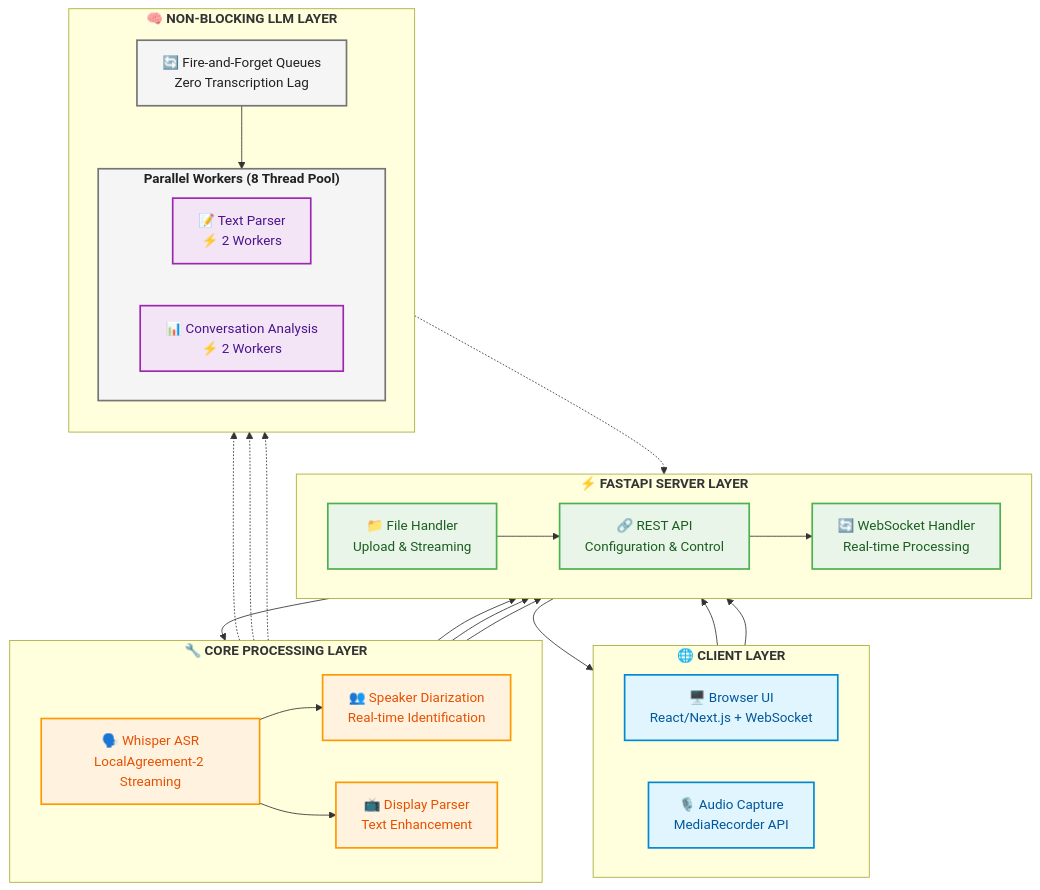
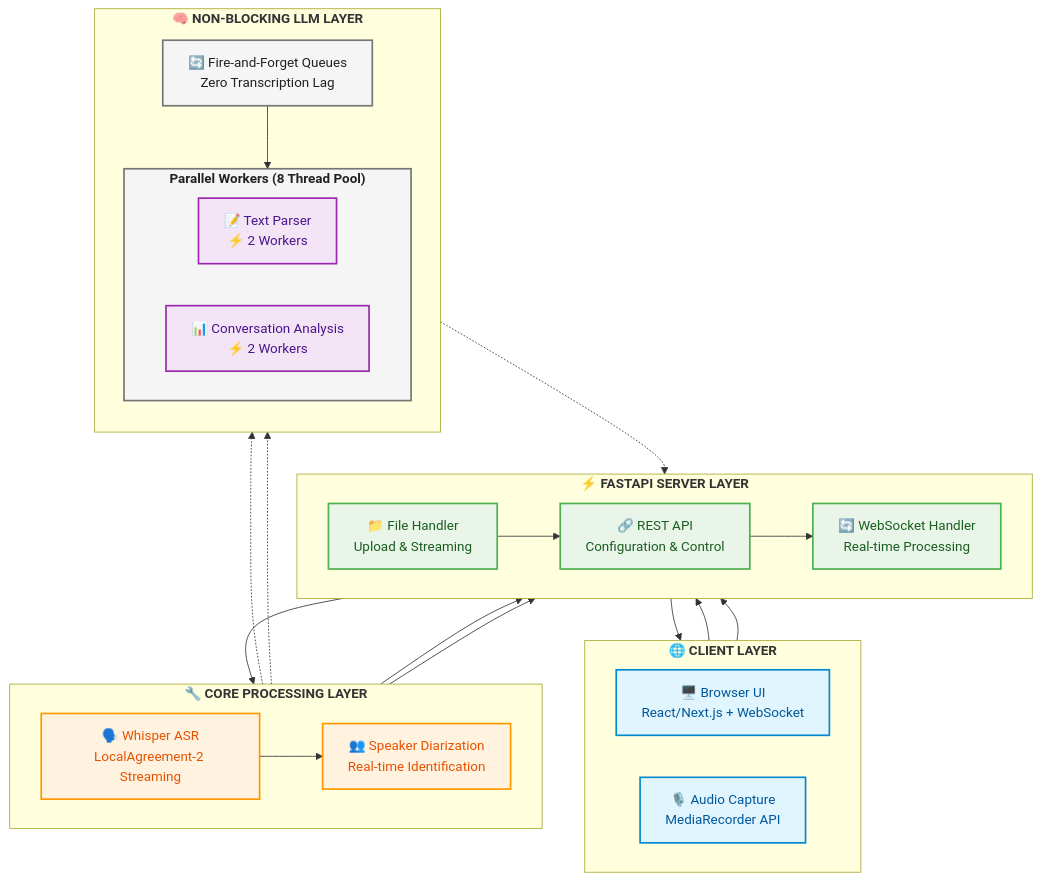
One commit to teron131/AudioInsight changed the diagram in README.md. Above: the diagram before and after it, drawn with Mermaid. The commit also changed other lines of this file and 10 other files, not shown here.

Commit message:
Remove display parser

````diff
--- a/README.md
+++ b/README.md
@@ -47,68 +47,64 @@
 ```mermaid
 flowchart TD
     subgraph Client["<b>🌐 CLIENT LAYER</b>"]
         direction LR
         Browser["🖥️ Browser UI<br/>React/Next.js + WebSocket"]
         Audio["🎙️ Audio Capture<br/>MediaRecorder API"]
     end
 
     subgraph Server["<b>⚡ FASTAPI SERVER LAYER</b>"]
         direction LR
         WS["🔄 WebSocket Handler<br/>Real-time Processing"]
         Files["📁 File Handler<br/>Upload & Streaming"]
         API["🔗 REST API<br/>Configuration & Control"]
     end
 
     subgraph Core["<b>🔧 CORE PROCESSING LAYER</b>"]
         direction LR
         ASR["🗣️ Whisper ASR<br/>LocalAgreement-2 Streaming"]
         Diarization["👥 Speaker Diarization<br/>Real-time Identification"]
-        Display["📺 Display Parser<br/>Text Enhancement"]
     end
 
     subgraph LLM["<b>🧠 NON-BLOCKING LLM LAYER</b>"]
         direction TB
         Queue["🔄 Fire-and-Forget Queues<br/>Zero Transcription Lag"]
         subgraph Workers["<b>Parallel Workers (8 Thread Pool)</b>"]
             direction LR
             Parser["📝 Text Parser<br/>⚡ 2 Workers"]
             Analyzer["📊 Conversation Analysis<br/>⚡ 2 Workers"]
         end
     end
 
     %% Main processing flow (solid arrows)
     Browser --> WS
     Audio --> WS
     Files --> API
     API --> WS
     WS --> ASR
     ASR --> Diarization
-    ASR --> Display
 
     %% Non-blocking LLM flow (dashed arrows)
     ASR -.-> Queue
     Diarization -.-> Queue
-    Display -.-> Queue
     Queue --> Workers
 
     %% Output flow
     ASR --> WS
     Diarization --> WS
-    Display --> WS
     Workers -.-> WS
     WS --> Browser
 
     %% Meaningful color categorization
     classDef frontend fill:#E1F5FE,stroke:#0288D1,stroke-width:2px,color:#01579B
     classDef communication fill:#E8F5E8,stroke:#4CAF50,stroke-width:2px,color:#1B5E20
     classDef processing fill:#FFF3E0,stroke:#FF9800,stroke-width:2px,color:#E65100
     classDef intelligence fill:#F3E5F5,stroke:#9C27B0,stroke-width:2px,color:#4A148C
     classDef infrastructure fill:#F5F5F5,stroke:#757575,stroke-width:2px,color:#212121
 
     %% Apply colors by function
     class Browser,Audio frontend
     class WS,Files,API communication
-    class ASR,Diarization,Display processing
+    class ASR,Diarization processing
     class Parser,Analyzer intelligence
     class Queue,Workers infrastructure
 ```
````
